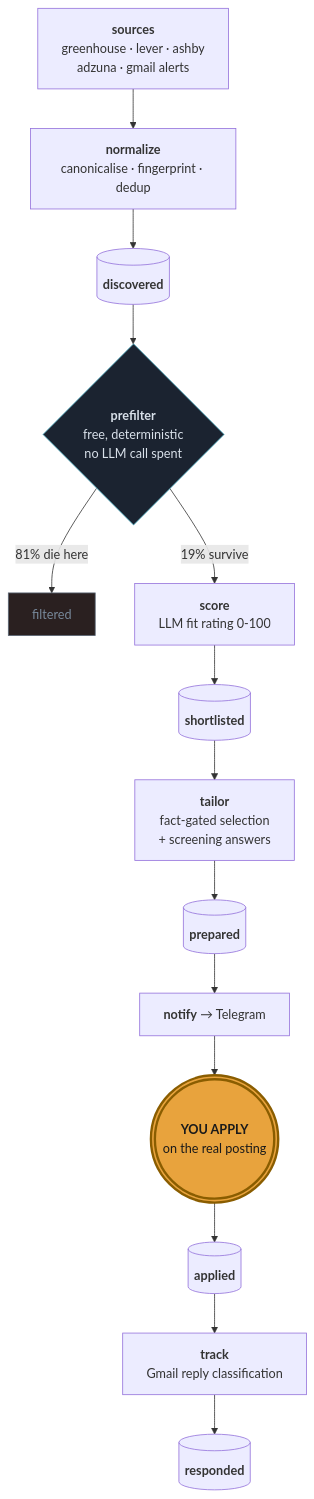
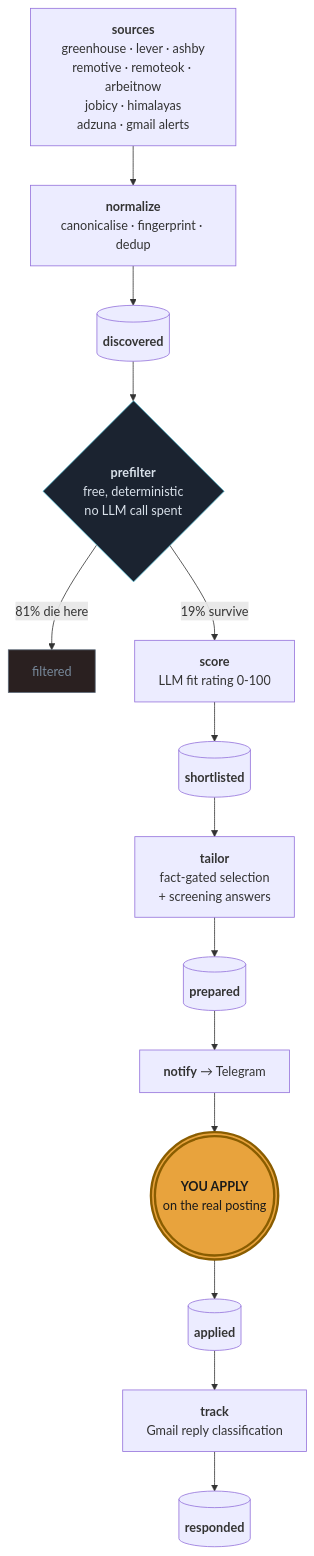
One commit to Asit0007/JobPipe changed the diagram in README.md. Above: the diagram before and after it, drawn with Mermaid. The commit also changed other lines of this file, not shown here.

````diff
--- a/README.md
+++ b/README.md
@@ -49,20 +49,20 @@
 ```mermaid
 flowchart TD
-    A["<b>sources</b><br/>greenhouse · lever · ashby<br/>adzuna · gmail alerts"] --> B["<b>normalize</b><br/>canonicalise · fingerprint · dedup"]
+    A["<b>sources</b><br/>greenhouse · lever · ashby<br/>remotive · remoteok · arbeitnow<br/>jobicy · himalayas<br/>adzuna · gmail alerts"] --> B["<b>normalize</b><br/>canonicalise · fingerprint · dedup"]
     B --> C[("<b>discovered</b>")]
     C --> D{"<b>prefilter</b><br/>free, deterministic<br/>no LLM call spent"}
     D -->|"81% die here"| E["filtered"]
     D -->|"19% survive"| F["<b>score</b><br/>LLM fit rating 0-100"]
     F --> G[("<b>shortlisted</b>")]
     G --> H["<b>tailor</b><br/>fact-gated selection<br/>+ screening answers"]
     H --> I[("<b>prepared</b>")]
     I --> J["<b>notify</b> → Telegram"]
     J --> K((("<b>YOU APPLY</b><br/>on the real posting")))
     K --> L[("<b>applied</b>")]
     L --> M["<b>track</b><br/>Gmail reply classification"]
     M --> N[("<b>responded</b>")]
 
     style K fill:#E8A33D,stroke:#8a5d00,stroke-width:3px,color:#1a1a1a
     style D fill:#1B2330,stroke:#4FB3C9,color:#D9E1EA
     style E fill:#2a2020,stroke:#5A6675,color:#78899B
 ```
````
